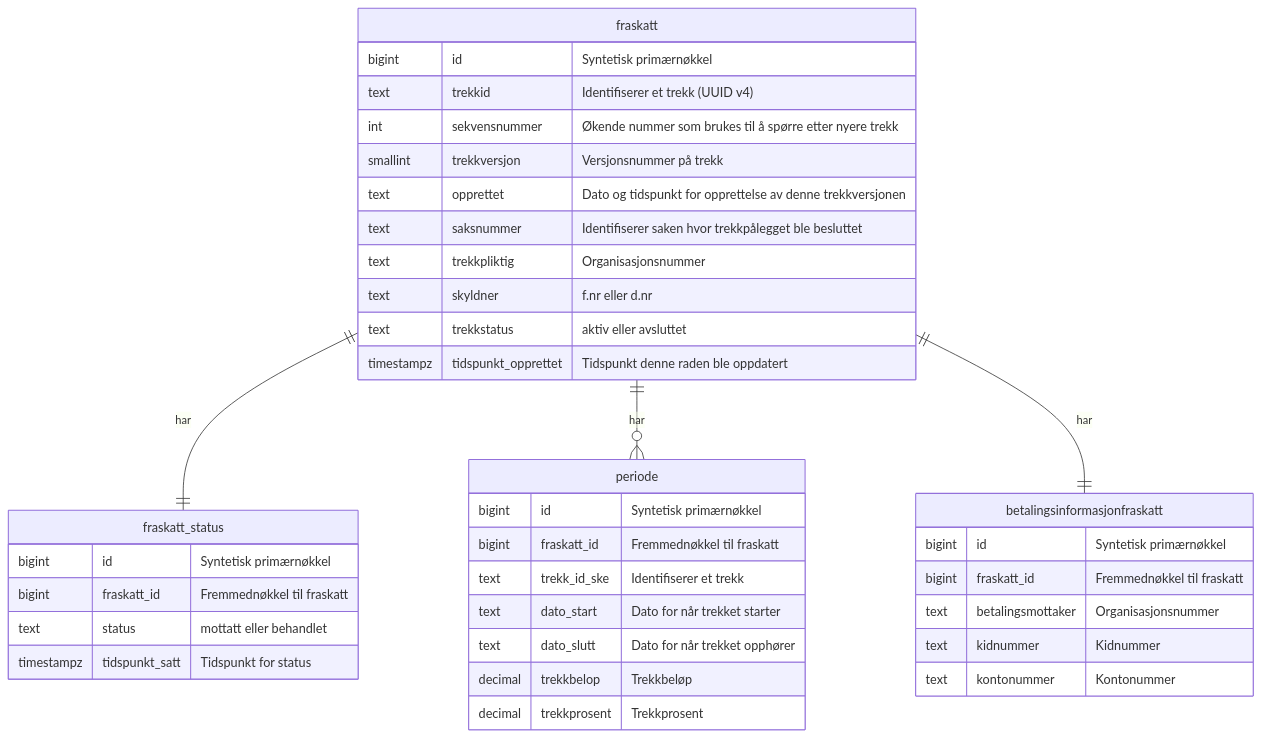
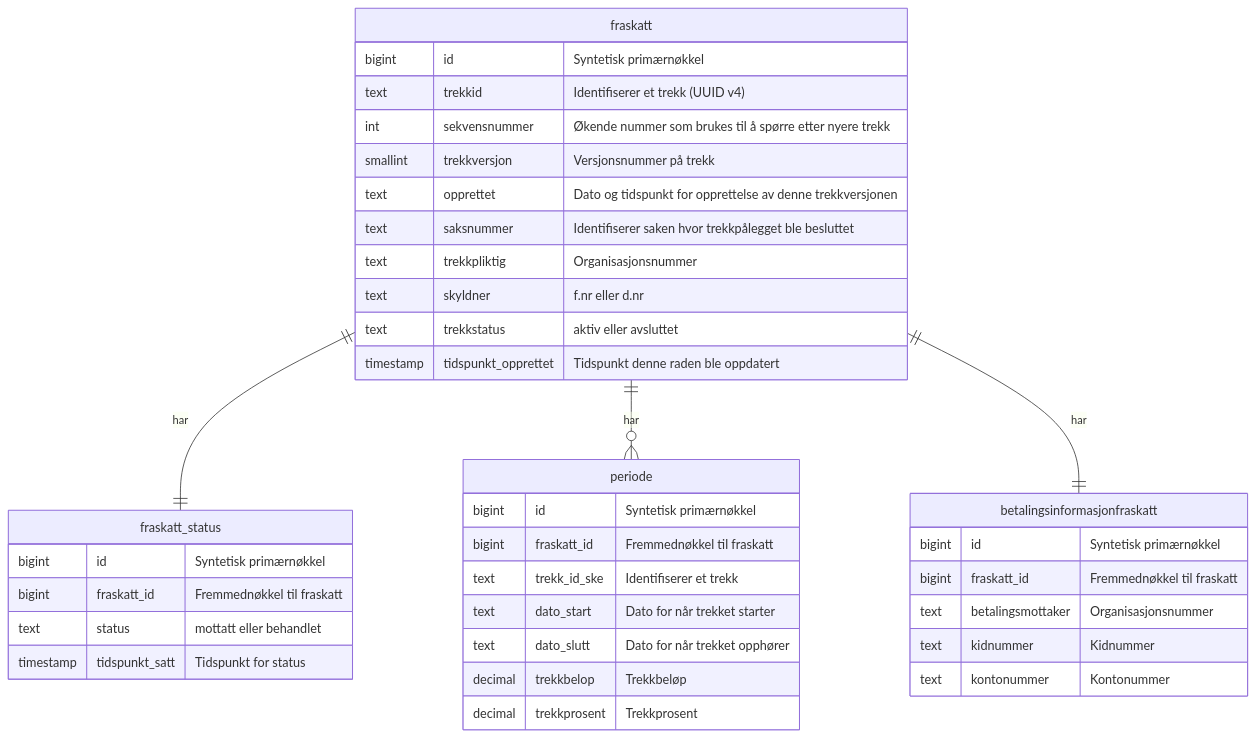
One commit to navikt/sokos-utleggstrekk changed the diagram in dokumentasjon/datamodell/fraskatt.md. Above: the diagram before and after it, drawn with Mermaid. The commit also changed 2 other files, not shown here.

Commit message:
Tob-6989 byttet timestampz til timestamp

````diff
--- a/dokumentasjon/datamodell/fraskatt.md
+++ b/dokumentasjon/datamodell/fraskatt.md
@@ -7,43 +7,43 @@
 ```mermaid
 ---
 Fra skatt
 ---
 erDiagram
     fraskatt ||--|| fraskatt_status: har 
     fraskatt {
         bigint id "Syntetisk primærnøkkel"
         text trekkid "Identifiserer et trekk (UUID v4)"
         int sekvensnummer "Økende nummer som brukes til å spørre etter nyere trekk"
         smallint trekkversjon "Versjonsnummer på trekk"
         text opprettet "Dato og tidspunkt for opprettelse av denne trekkversjonen"
         text saksnummer "Identifiserer saken hvor trekkpålegget ble besluttet"        
         text trekkpliktig "Organisasjonsnummer"
         text skyldner "f.nr eller d.nr"
         text trekkstatus "aktiv eller avsluttet"
-        timestampz tidspunkt_opprettet "Tidspunkt denne raden ble oppdatert"        
+        timestamp tidspunkt_opprettet "Tidspunkt denne raden ble oppdatert"        
     }
     fraskatt_status {
         bigint id "Syntetisk primærnøkkel"
         bigint fraskatt_id "Fremmednøkkel til fraskatt"
         text status "mottatt eller behandlet"
-        timestampz tidspunkt_satt "Tidspunkt for status"
+        timestamp tidspunkt_satt "Tidspunkt for status"
     }
     fraskatt ||--o{ periode: har
     periode {
         bigint id "Syntetisk primærnøkkel"
         bigint fraskatt_id "Fremmednøkkel til fraskatt"
         text trekk_id_ske "Identifiserer et trekk"
         text dato_start "Dato for når trekket starter"
         text dato_slutt "Dato for når trekket opphører"
         decimal trekkbelop "Trekkbeløp" 
         decimal trekkprosent "Trekkprosent" 
     }
     fraskatt ||--|| betalingsinformasjonfraskatt: har
     betalingsinformasjonfraskatt {
         bigint id "Syntetisk primærnøkkel"
         bigint fraskatt_id "Fremmednøkkel til fraskatt"
         text betalingsmottaker "Organisasjonsnummer"
         text kidnummer "Kidnummer"
         text kontonummer "Kontonummer"
     }
 ```
````
